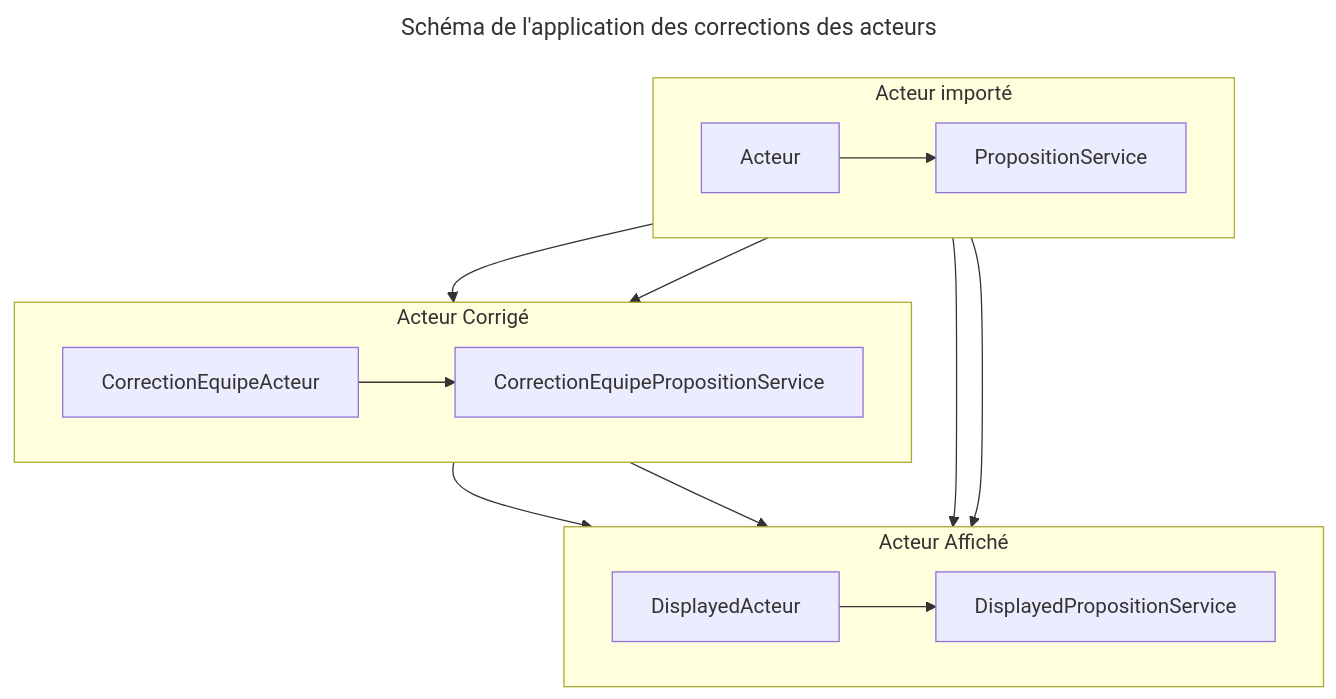
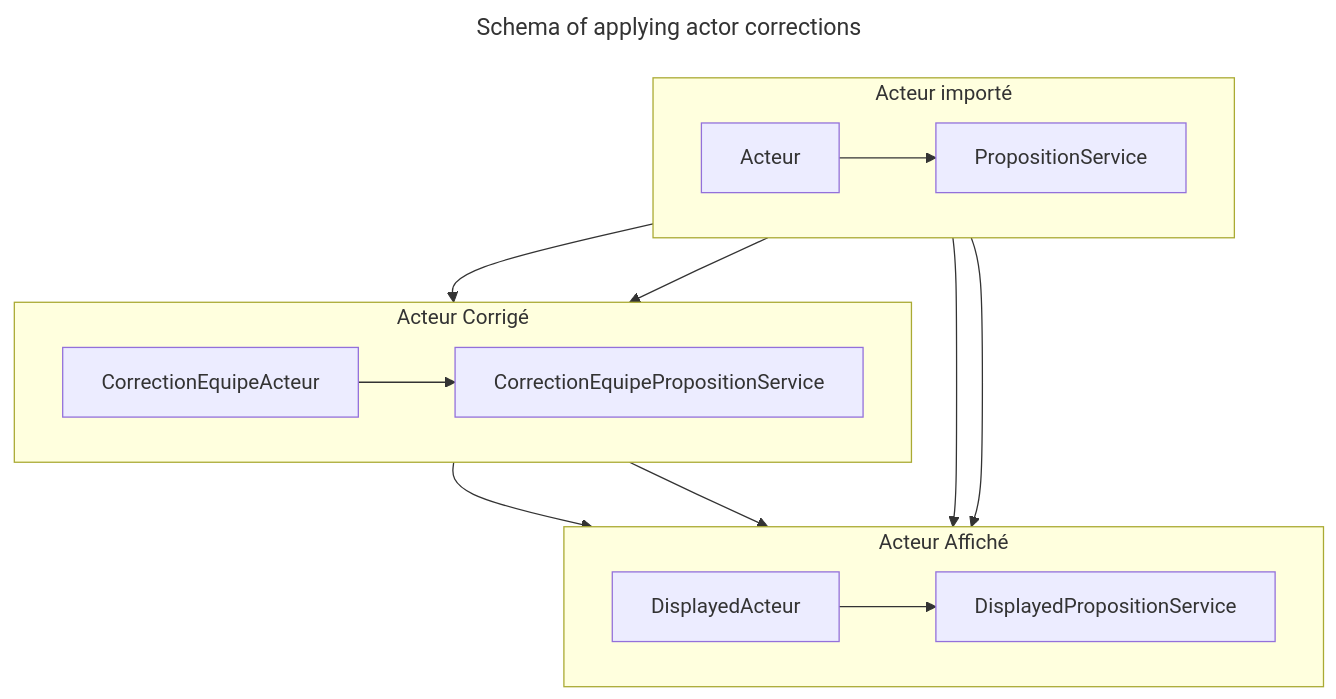
Before and after one commit to incubateur-ademe/quefairedemesobjets: the second of 2 diagrams in docs/reference/db/architecture.md, drawn with Mermaid. The commit also changed other lines of this file and 1393 other files, not shown here.

````diff
--- a/docs/reference/db/architecture.md
+++ b/docs/reference/db/architecture.md
@@ -154,24 +153,24 @@
 ```mermaid
 ---
-title: Schéma de l'application des corrections des acteurs
+title: Schema of applying actor corrections
 ---
 
 flowchart TB
     subgraph Acteur importé
         direction LR
         Acteur --> PropositionService
     end
     subgraph Acteur Corrigé
         direction LR
         CorrectionEquipeActeur --> CorrectionEquipePropositionService
     end
     subgraph Acteur Affiché
         direction LR
         DisplayedActeur --> DisplayedPropositionService
     end
 
     Acteur --> CorrectionEquipeActeur --> DisplayedActeur
     Acteur --> DisplayedActeur
     PropositionService --> CorrectionEquipePropositionService --> DisplayedPropositionService
     PropositionService --> DisplayedPropositionService
 ```
````
